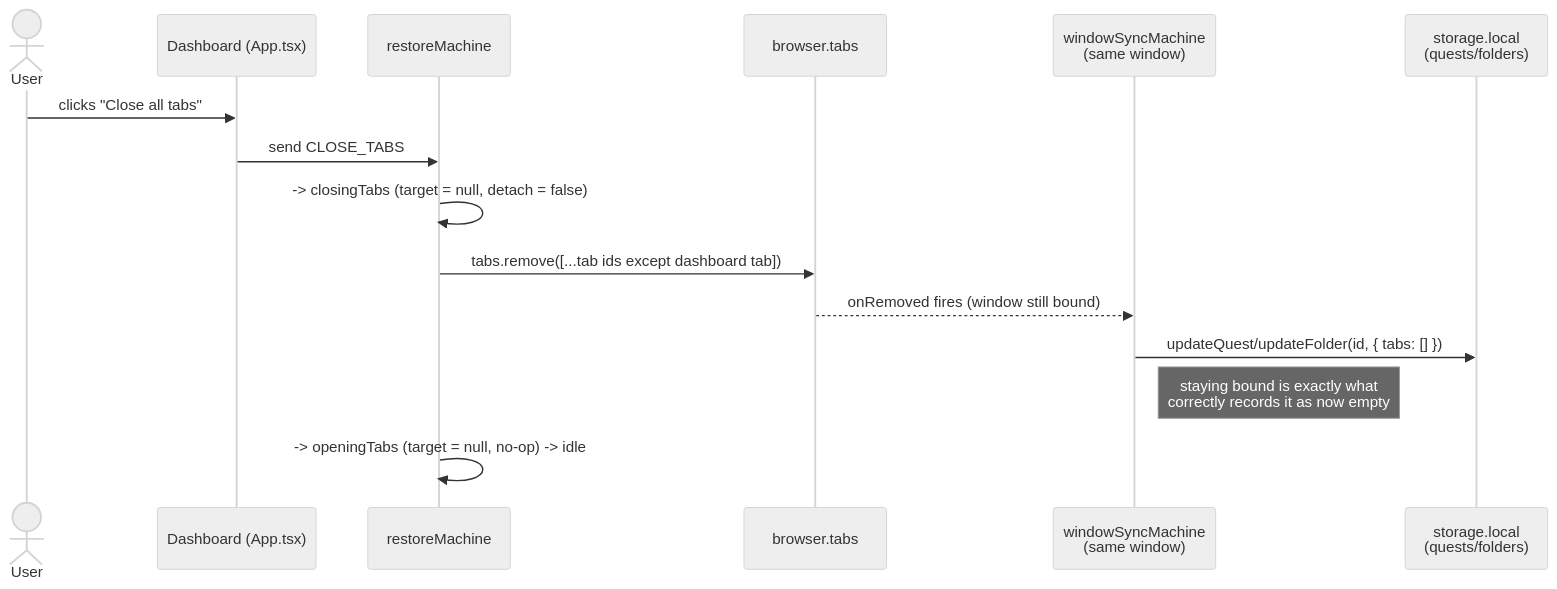
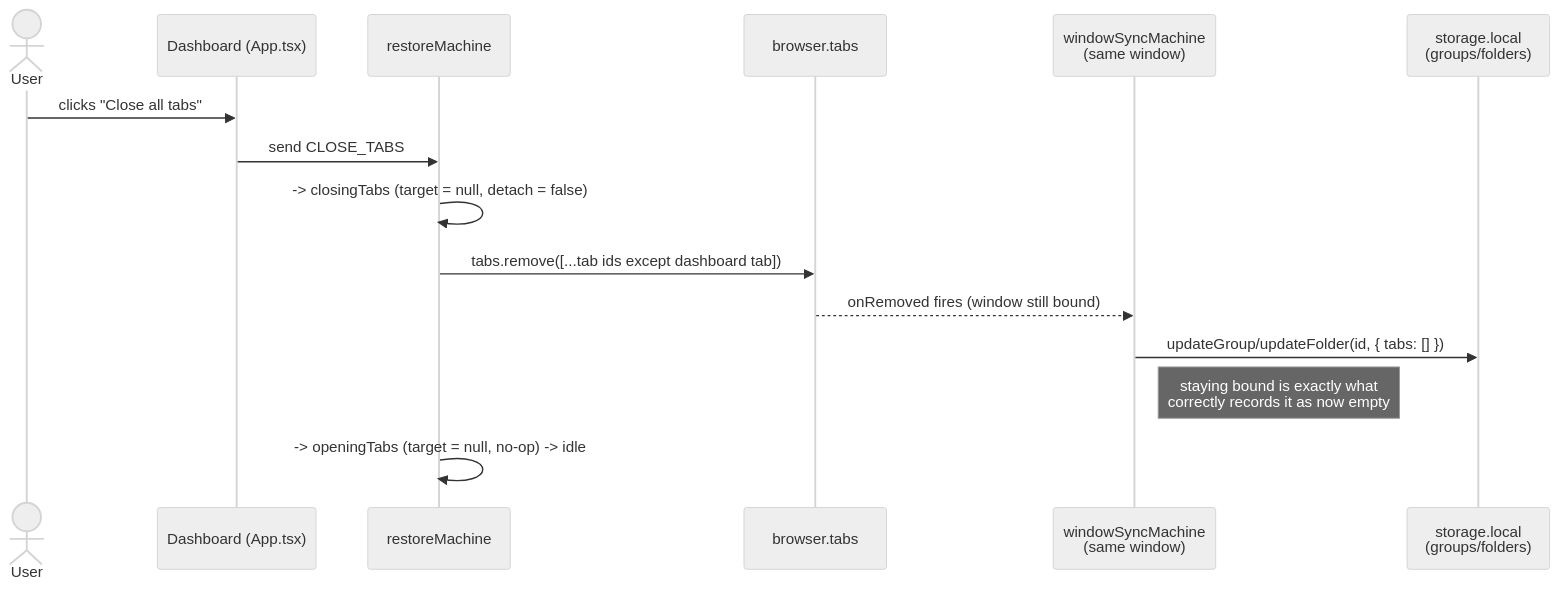
One commit to enyhma/cntxt changed the ninth of 11 diagrams in docs/workflows.md. Above: the diagram before and after it, drawn with Mermaid (neutral theme). The commit also changed other lines of this file and 7 other files, not shown here.

First line of the commit message:
docs: rename Quest to Group across CLAUDE.md and docs/

````diff
--- a/docs/workflows.md
+++ b/docs/workflows.md
@@ -216,18 +216,18 @@
 ```mermaid
 sequenceDiagram
     actor User
     participant Dashboard as Dashboard (App.tsx)
     participant Machine as restoreMachine
     participant BrowserTabs as browser.tabs
     participant WinActor as windowSyncMachine<br/>(same window)
-    participant Quests as storage.local<br/>(quests/folders)
+    participant Groups as storage.local<br/>(groups/folders)
 
     User->>Dashboard: clicks "Close all tabs"
     Dashboard->>Machine: send CLOSE_TABS
     Machine->>Machine: -> closingTabs (target = null, detach = false)
     Machine->>BrowserTabs: tabs.remove([...tab ids except dashboard tab])
     BrowserTabs-->>WinActor: onRemoved fires (window still bound)
-    WinActor->>Quests: updateQuest/updateFolder(id, { tabs: [] })
+    WinActor->>Groups: updateGroup/updateFolder(id, { tabs: [] })
     Note right of WinActor: staying bound is exactly what<br/>correctly records it as now empty
     Machine->>Machine: -> openingTabs (target = null, no-op) -> idle
 ```
````
